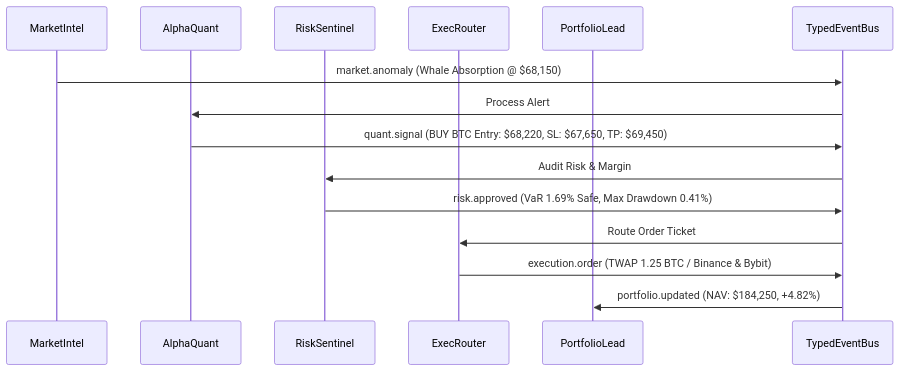
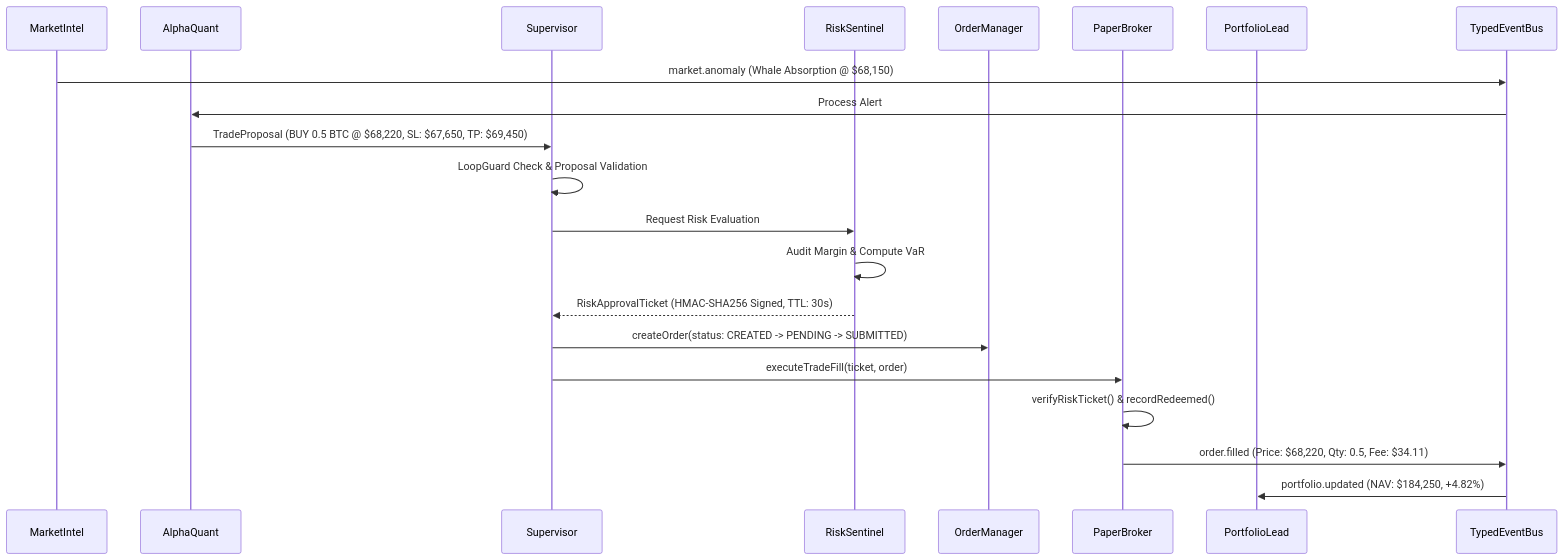
Before and after one commit to namana843-bit/finance-agent-os: the first of 2 diagrams in docs/ARCHITECTURE.md, drawn with Mermaid. The commit also changed other lines of this file and 1 other file, not shown here.

Commit message:
docs: update system architecture, 7 defense-in-depth safety layers, and repository structure for Phases 3-8

````diff
--- a/docs/ARCHITECTURE.md
+++ b/docs/ARCHITECTURE.md
@@ -79,18 +86,24 @@
 ```mermaid
 sequenceDiagram
     participant MI as MarketIntel
     participant AQ as AlphaQuant
+    participant SP as Supervisor
     participant RS as RiskSentinel
-    participant ER as ExecRouter
+    participant OM as OrderManager
+    participant PB as PaperBroker
     participant PL as PortfolioLead
     participant Bus as TypedEventBus
 
     MI->>Bus: market.anomaly (Whale Absorption @ $68,150)
     Bus->>AQ: Process Alert
-    AQ->>Bus: quant.signal (BUY BTC Entry: $68,220, SL: $67,650, TP: $69,450)
-    Bus->>RS: Audit Risk & Margin
-    RS->>Bus: risk.approved (VaR 1.69% Safe, Max Drawdown 0.41%)
-    Bus->>ER: Route Order Ticket
-    ER->>Bus: execution.order (TWAP 1.25 BTC / Binance & Bybit)
+    AQ->>SP: TradeProposal (BUY 0.5 BTC @ $68,220, SL: $67,650, TP: $69,450)
+    SP->>SP: LoopGuard Check & Proposal Validation
+    SP->>RS: Request Risk Evaluation
+    RS->>RS: Audit Margin & Compute VaR
+    RS-->>SP: RiskApprovalTicket (HMAC-SHA256 Signed, TTL: 30s)
+    SP->>OM: createOrder(status: CREATED -> PENDING -> SUBMITTED)
+    SP->>PB: executeTradeFill(ticket, order)
+    PB->>PB: verifyRiskTicket() & recordRedeemed()
+    PB->>Bus: order.filled (Price: $68,220, Qty: 0.5, Fee: $34.11)
     Bus->>PL: portfolio.updated (NAV: $184,250, +4.82%)
 ```
````
